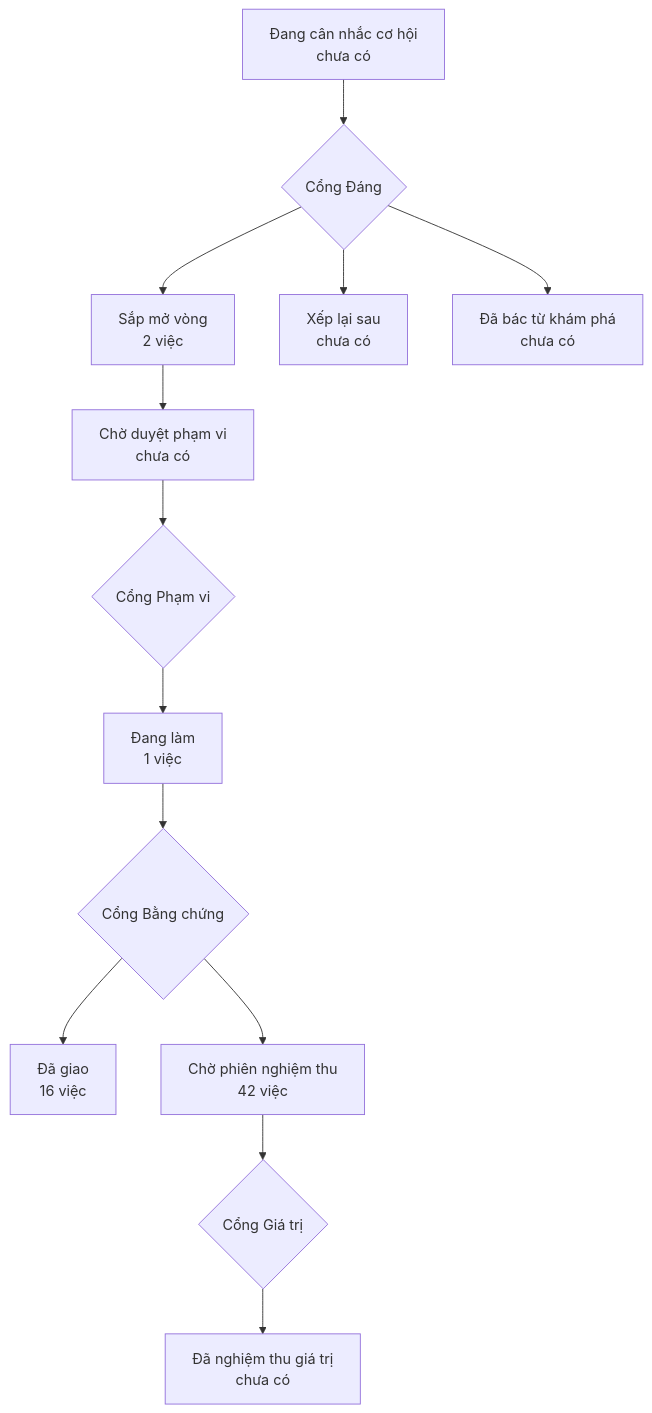
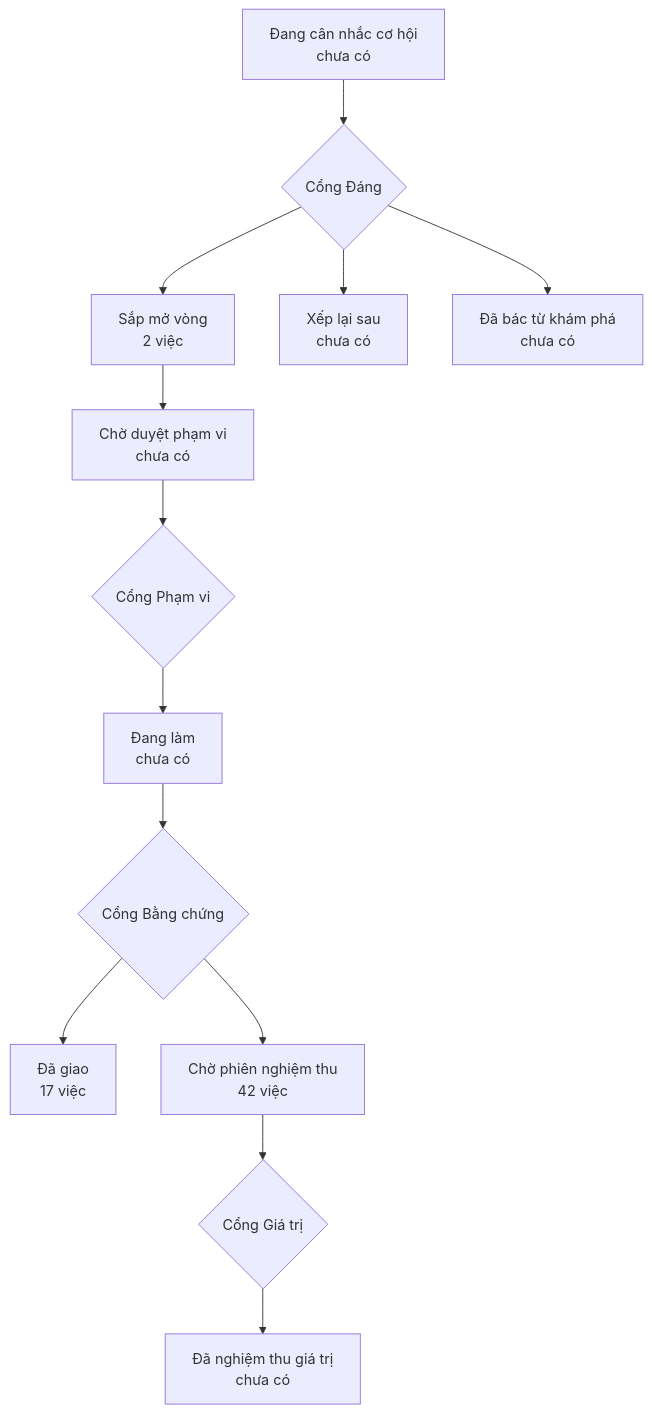
One commit to phanlemanh/onehub-quy-hang changed the diagram in PRODUCT-MAP.md. Above: the diagram before and after it, drawn with Mermaid. The commit also changed other lines of this file and 4 other files, not shown here.

````diff
--- a/PRODUCT-MAP.md
+++ b/PRODUCT-MAP.md
@@ -7,12 +7,12 @@
 ```mermaid
 flowchart TD
   A["Đang cân nhắc cơ hội<br/>chưa có"] --> GD{"Cổng Đáng"}
   GD --> B["Sắp mở vòng<br/>2 việc"]
   GD --> XL["Xếp lại sau<br/>chưa có"]
   GD --> DB["Đã bác từ khám phá<br/>chưa có"]
   B --> CD["Chờ duyệt phạm vi<br/>chưa có"] --> GP{"Cổng Phạm vi"}
-  GP --> DL["Đang làm<br/>1 việc"] --> GB{"Cổng Bằng chứng"}
-  GB --> DG["Đã giao<br/>16 việc"]
+  GP --> DL["Đang làm<br/>chưa có"] --> GB{"Cổng Bằng chứng"}
+  GB --> DG["Đã giao<br/>17 việc"]
   GB --> CN["Chờ phiên nghiệm thu<br/>42 việc"] --> GG{"Cổng Giá trị"}
   GG --> NT["Đã nghiệm thu giá trị<br/>chưa có"]
 ```
````
